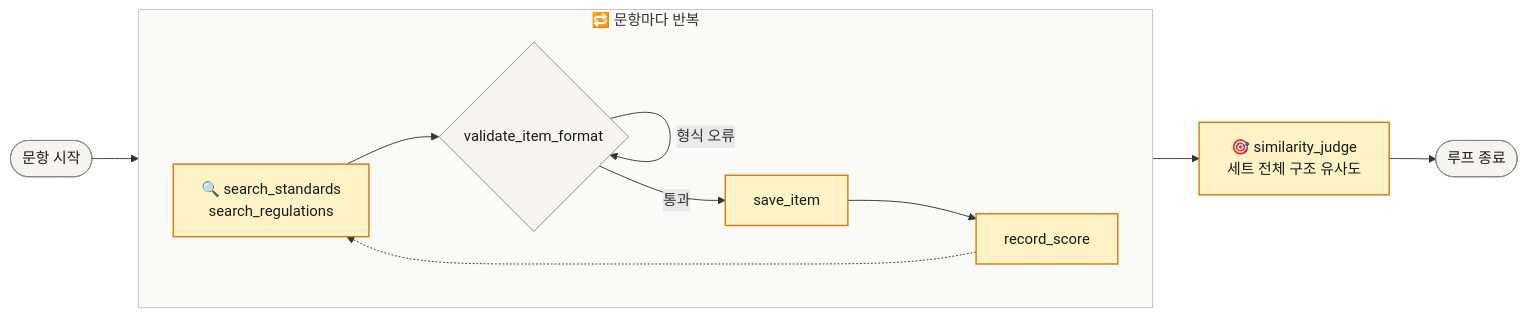
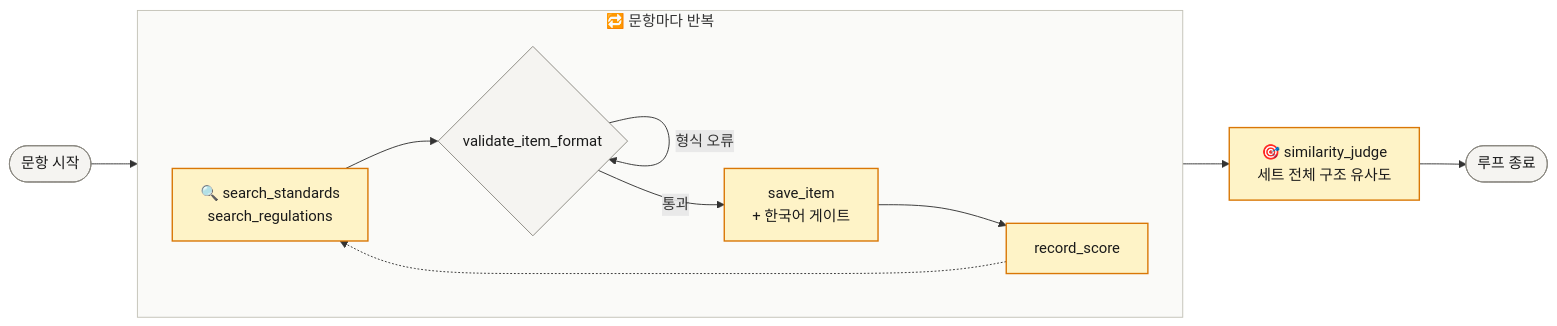
The second of 5 diagrams in README.md (MachuEngine/bunpil), drawn with Mermaid before and after one commit. The commit also changed other lines of this file, not shown here.

````diff
--- a/README.md
+++ b/README.md
@@ -63,29 +100,29 @@
 ```mermaid
 flowchart LR
     Start(["문항 시작"])
 
     subgraph Loop["🔁 문항마다 반복"]
         direction LR
         Search["🔍 search_standards<br/>search_regulations"]
         Validate{"validate_item_format"}
-        Save["save_item"]
+        Save["save_item<br/>+ 한국어 게이트"]
         Score["record_score"]
 
         Search --> Validate
         Validate -- "형식 오류" --> Validate
         Validate -- "통과" --> Save --> Score
         Score -.-> Search
     end
 
     Judge["🎯 similarity_judge<br/>세트 전체 구조 유사도"]
     End(["루프 종료"])
 
     Start --> Loop --> Judge --> End
 
     class Start,End,Validate neutral
     class Search,Save,Score,Judge exam
     style Loop fill:#FAFAF8,stroke:#C3C2B7,stroke-width:1px
 
     classDef neutral fill:#F5F4F1,stroke:#8A8880,stroke-width:1px,color:#1A1A1A
     classDef exam fill:#FEF3C7,stroke:#D97706,stroke-width:1.5px,color:#1A1A1A
 ```
````
